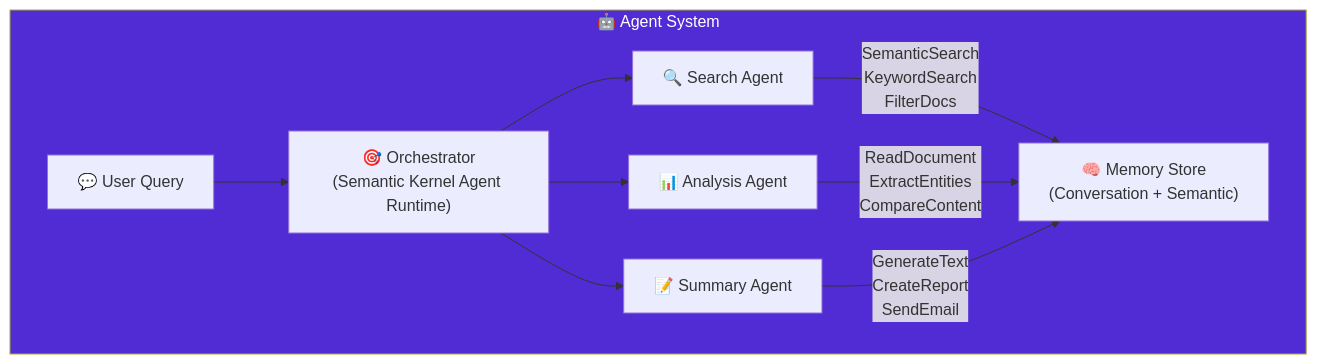
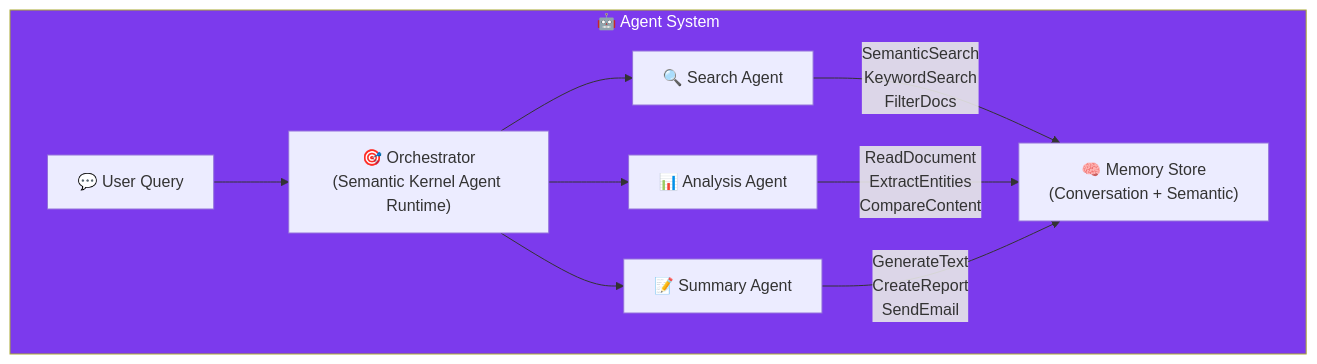
The second of 2 diagrams in src/content/blog/semantic-kernel-agents-orchestration.mdx (viktorrobin/bluerobin-blog), drawn with Mermaid before and after one commit. The commit also changed other lines of this file and 127 other files, not shown here.

````diff
--- a/src/content/blog/semantic-kernel-agents-orchestration.mdx
+++ b/src/content/blog/semantic-kernel-agents-orchestration.mdx
@@ -55,18 +118,23 @@
 ```mermaid
 flowchart TB
     subgraph System["🤖 Agent System"]
         User["💬 User Query"] --> Orch["🎯 Orchestrator\n(Semantic Kernel Agent Runtime)"]
         
         Orch --> SA["🔍 Search Agent"]
         Orch --> AA["📊 Analysis Agent"]
         Orch --> SuA["📝 Summary Agent"]
         
         SA --> |"SemanticSearch\nKeywordSearch\nFilterDocs"| Memory
         AA --> |"ReadDocument\nExtractEntities\nCompareContent"| Memory
         SuA --> |"GenerateText\nCreateReport\nSendEmail"| Memory
         
         Memory["🧠 Memory Store\n(Conversation + Semantic)"]
     end
 
-    style System fill:#512bd4,color:#fff
+    classDef primary fill:#7c3aed,color:#fff
+    classDef secondary fill:#06b6d4,color:#fff
+    classDef db fill:#f43f5e,color:#fff
+    classDef warning fill:#fbbf24,color:#000
+
+    class System primary
 ```
````
